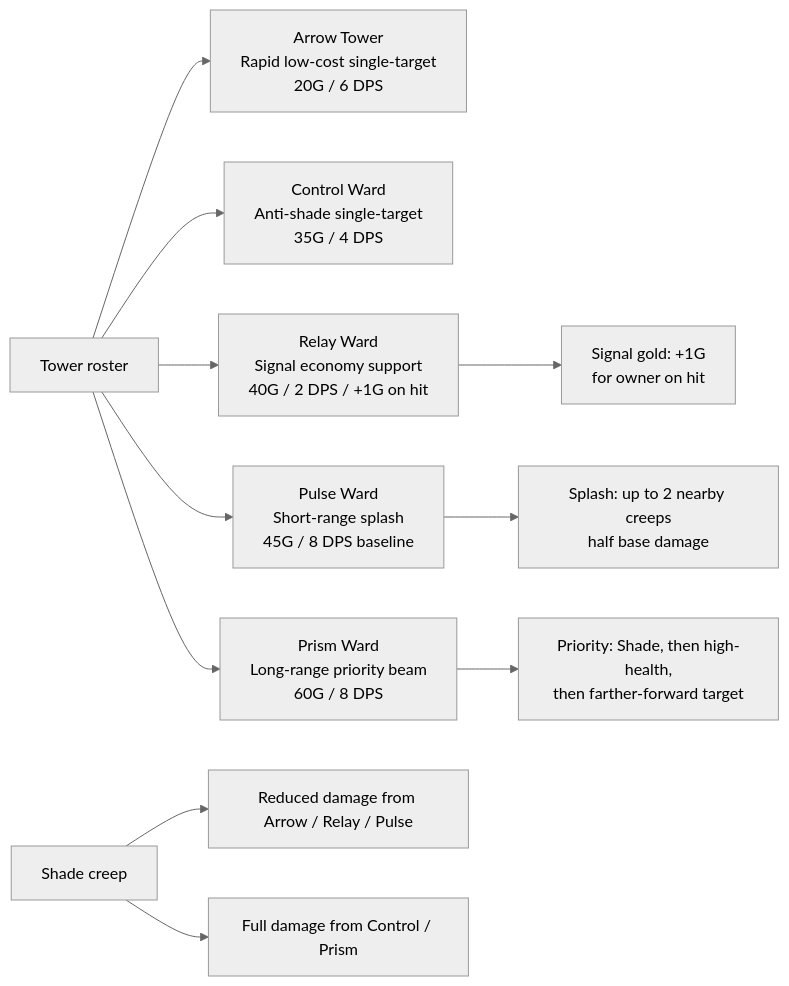
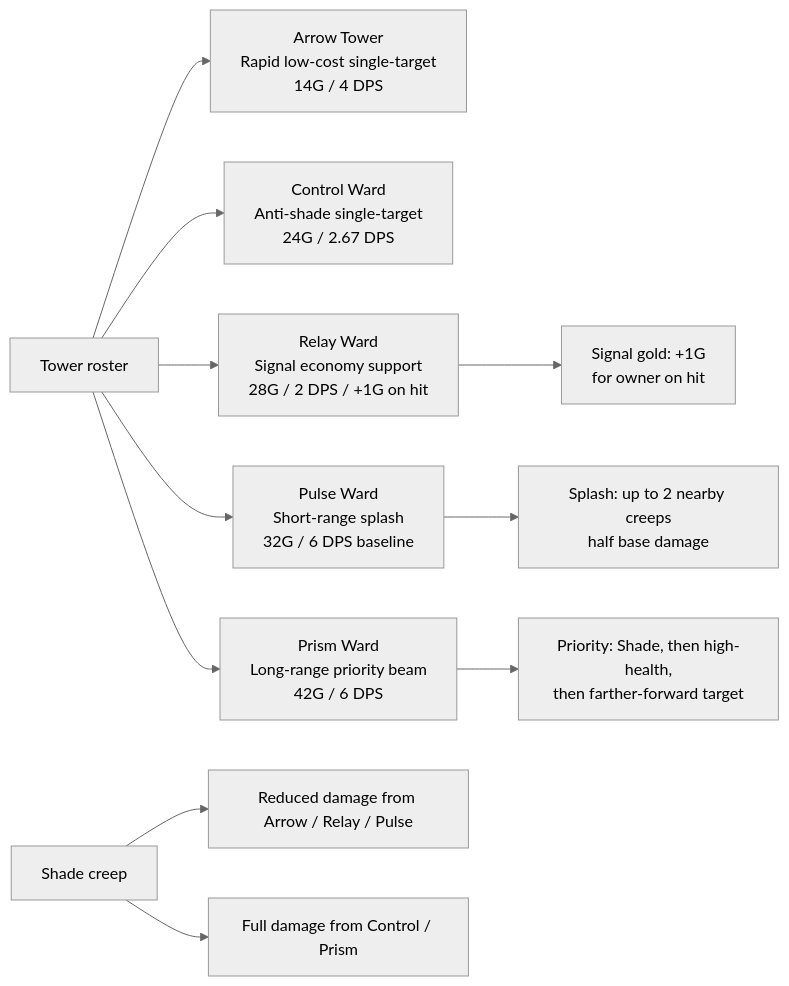
Before and after one commit to linewardsdev/Linewards-Dev: the first of 3 diagrams in docs/TOWER_AND_CREEP_ROSTER.md, drawn with Mermaid (neutral theme). The commit also changed other lines of this file and 3 other files, not shown here.

````diff
--- a/docs/TOWER_AND_CREEP_ROSTER.md
+++ b/docs/TOWER_AND_CREEP_ROSTER.md
@@ -34,16 +36,16 @@
 ```mermaid
 flowchart LR
     towers["Tower roster"]
 
-    towers --> arrow["Arrow Tower<br/>Rapid low-cost single-target<br/>20G / 6 DPS"]
-    towers --> control["Control Ward<br/>Anti-shade single-target<br/>35G / 4 DPS"]
-    towers --> relay["Relay Ward<br/>Signal economy support<br/>40G / 2 DPS / +1G on hit"]
-    towers --> pulse["Pulse Ward<br/>Short-range splash<br/>45G / 8 DPS baseline"]
-    towers --> prism["Prism Ward<br/>Long-range priority beam<br/>60G / 8 DPS"]
+    towers --> arrow["Arrow Tower<br/>Rapid low-cost single-target<br/>14G / 4 DPS"]
+    towers --> control["Control Ward<br/>Anti-shade single-target<br/>24G / 2.67 DPS"]
+    towers --> relay["Relay Ward<br/>Signal economy support<br/>28G / 2 DPS / +1G on hit"]
+    towers --> pulse["Pulse Ward<br/>Short-range splash<br/>32G / 6 DPS baseline"]
+    towers --> prism["Prism Ward<br/>Long-range priority beam<br/>42G / 6 DPS"]
 
     shade["Shade creep"] --> reduced["Reduced damage from Arrow / Relay / Pulse"]
     shade --> full["Full damage from Control / Prism"]
     pulse --> splash["Splash: up to 2 nearby creeps<br/>half base damage"]
     prism --> priority["Priority: Shade, then high-health,<br/>then farther-forward target"]
     relay --> signal["Signal gold: +1G<br/>for owner on hit"]
 ```
````
